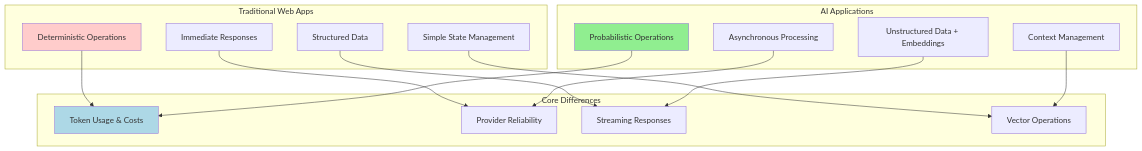
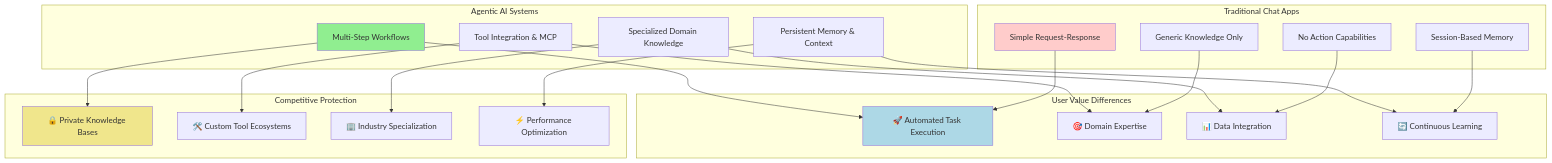
The second of 26 diagrams in docs/AI-IDEAS.md (quanhua92/rust-fullstack-starter), drawn with Mermaid before and after one commit. The commit also changed other lines of this file, not shown here.

````diff
--- a/docs/AI-IDEAS.md
+++ b/docs/AI-IDEAS.md
@@ -40,37 +56,51 @@
 ```mermaid
 graph TB
-    subgraph "Traditional Web Apps"
-        T1[Deterministic Operations]
-        T2[Immediate Responses]
-        T3[Structured Data]
-        T4[Simple State Management]
+    subgraph "Traditional Chat Apps"
+        T1[Simple Request-Response]
+        T2[Generic Knowledge Only]
+        T3[No Action Capabilities]
+        T4[Session-Based Memory]
     end
     
-    subgraph "AI Applications"
-        A1[Probabilistic Operations]
-        A2[Asynchronous Processing]
-        A3[Unstructured Data + Embeddings]
-        A4[Context Management]
+    subgraph "Agentic AI Systems"
+        A1[Multi-Step Workflows]
+        A2[Tool Integration & MCP]
+        A3[Specialized Domain Knowledge]
+        A4[Persistent Memory & Context]
     end
     
-    subgraph "Core Differences"
-        D1[Token Usage & Costs]
-        D2[Provider Reliability]
-        D3[Streaming Responses]
-        D4[Vector Operations]
+    subgraph "User Value Differences"
+        D1[🚀 Automated Task Execution]
+        D2[🎯 Domain Expertise]
+        D3[📊 Data Integration]
+        D4[🔄 Continuous Learning]
     end
     
     T1 --> D1
     T2 --> D2
     T3 --> D3
     T4 --> D4
     
     A1 --> D1
     A2 --> D2
     A3 --> D3
     A4 --> D4
     
     style T1 fill:#ffcccb
     style A1 fill:#90ee90
     style D1 fill:#add8e6
+    
+    subgraph "Competitive Protection"
+        P1[🔒 Private Knowledge Bases]
+        P2[🛠️ Custom Tool Ecosystems]
+        P3[🏢 Industry Specialization]
+        P4[⚡ Performance Optimization]
+    end
+    
+    A1 --> P1
+    A2 --> P2
+    A3 --> P3
+    A4 --> P4
+    
+    style P1 fill:#f0e68c
 ```
````
